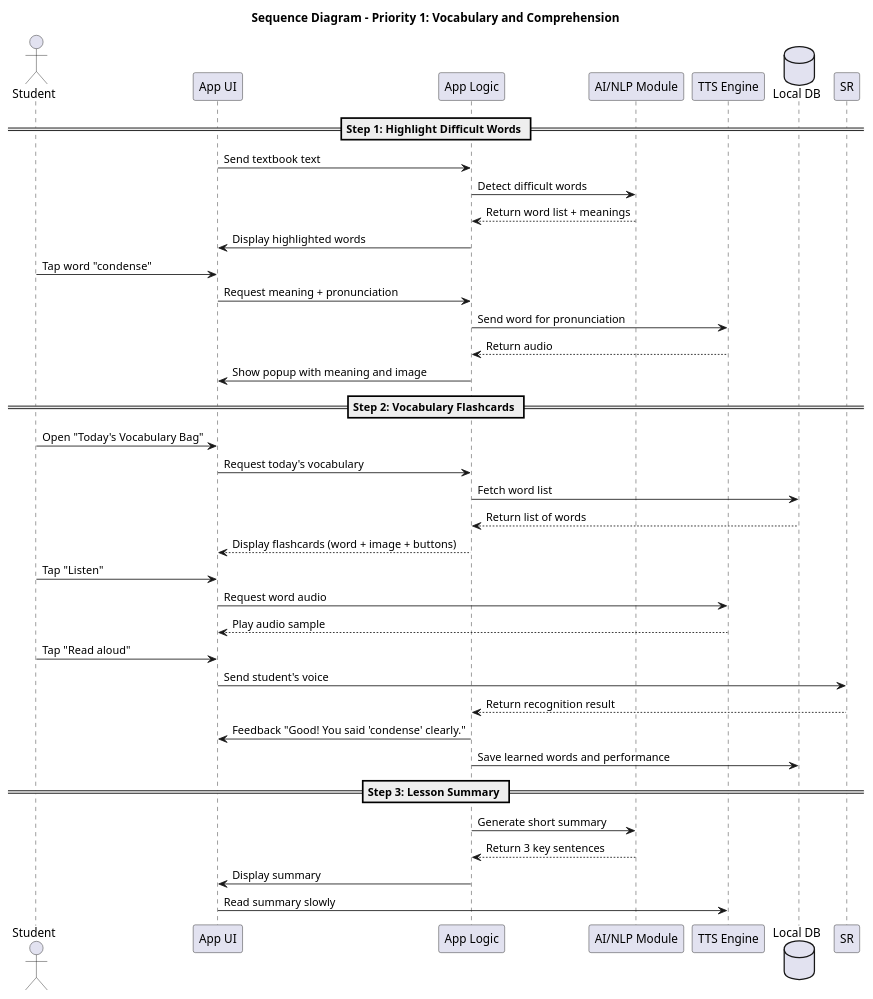
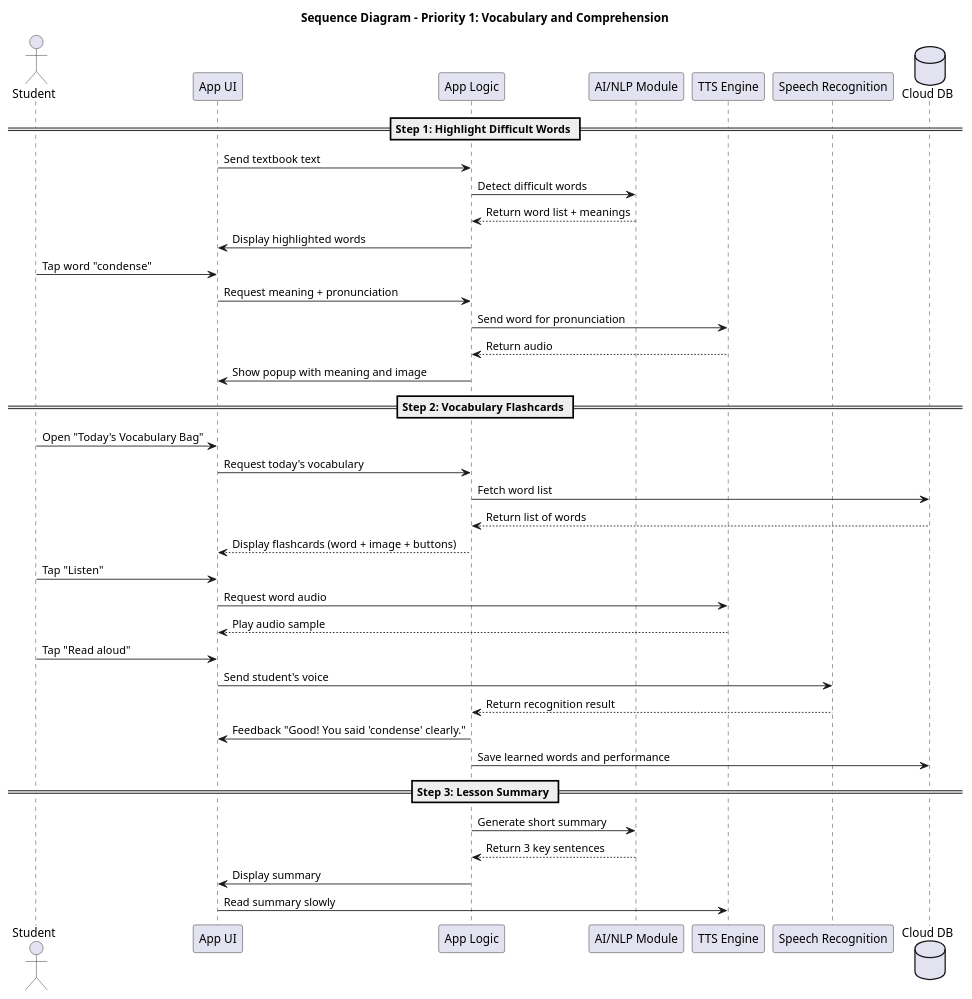
The diagram in sequence_diagram/sequence1_diagram.puml (23021600-TranGiaKhanh/TTNM_sequence_diagram), drawn with PlantUML before and after one commit. The commit also changed 3 other files, not shown here.

```diff
--- a/sequence_diagram/sequence1_diagram.puml
+++ b/sequence_diagram/sequence1_diagram.puml
@@ -1,47 +1,48 @@
 @startuml VocabularyFlow
 title Sequence Diagram - Priority 1: Vocabulary and Comprehension
 
 actor "Student" as U
 participant "App UI" as UI
 participant "App Logic" as Logic
 participant "AI/NLP Module" as NLP
 participant "TTS Engine" as TTS
-database "Local DB" as DB
+participant "Speech Recognition" as SR
+database "Cloud DB" as DB
 
 == Step 1: Highlight Difficult Words ==
 UI -> Logic: Send textbook text
 Logic -> NLP: Detect difficult words
 NLP --> Logic: Return word list + meanings
 Logic -> UI: Display highlighted words
 U -> UI: Tap word "condense"
 UI -> Logic: Request meaning + pronunciation
 Logic -> TTS: Send word for pronunciation
 TTS --> Logic: Return audio
 Logic -> UI: Show popup with meaning and image
 
 == Step 2: Vocabulary Flashcards ==
 
 U -> UI: Open "Today's Vocabulary Bag"
 UI -> Logic: Request today's vocabulary
 Logic -> DB: Fetch word list
 DB --> Logic: Return list of words
 Logic --> UI: Display flashcards (word + image + buttons)
 
 U -> UI: Tap "Listen"
 UI -> TTS: Request word audio
 TTS --> UI: Play audio sample
 
 U -> UI: Tap "Read aloud"
 UI -> SR: Send student's voice
 SR --> Logic: Return recognition result
 Logic -> UI: Feedback "Good! You said 'condense' clearly."
 
 Logic -> DB: Save learned words and performance
 
 == Step 3: Lesson Summary ==
 Logic -> NLP: Generate short summary
 NLP --> Logic: Return 3 key sentences
 Logic -> UI: Display summary
 UI -> TTS: Read summary slowly
 
 @enduml
```
